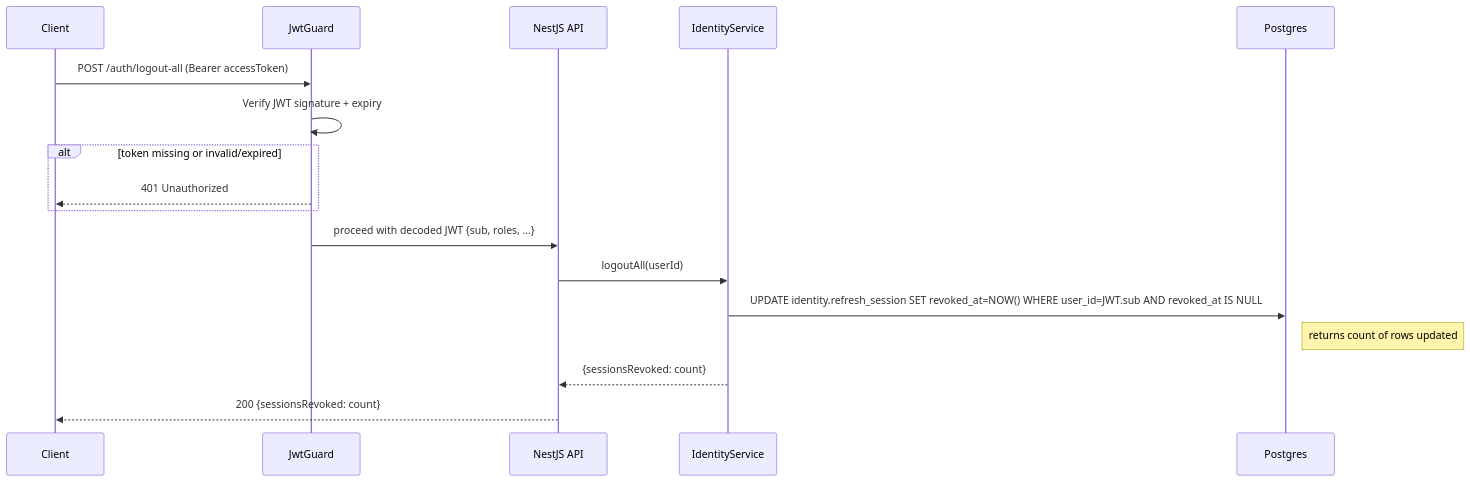
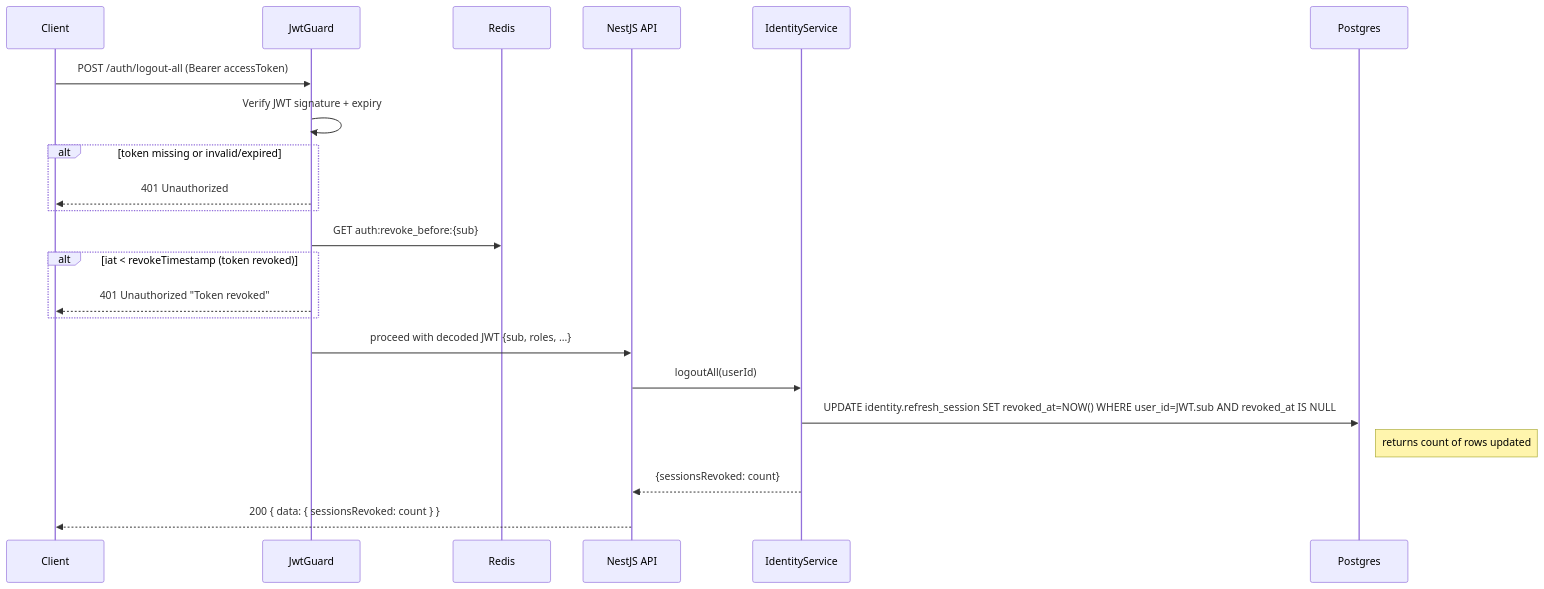
The fifth of 13 diagrams in phase-1/technical-design/api-design/auth.md (alisa-uthi/aliceut-ecom-document), drawn with Mermaid before and after one commit. The commit also changed other lines of this file and 22 other files, not shown here.

````diff
--- a/phase-1/technical-design/api-design/auth.md
+++ b/phase-1/technical-design/api-design/auth.md
@@ -326,22 +338,27 @@
 ```mermaid
 sequenceDiagram
     participant C as Client
     participant G as JwtGuard
+    participant R as Redis
     participant A as NestJS API
     participant IS as IdentityService
     participant PG as Postgres
 
     C->>G: POST /auth/logout-all (Bearer accessToken)
     G->>G: Verify JWT signature + expiry
     alt token missing or invalid/expired
         G-->>C: 401 Unauthorized
     end
+    G->>R: GET auth:revoke_before:{sub}
+    alt iat < revokeTimestamp (token revoked)
+        G-->>C: 401 Unauthorized "Token revoked"
+    end
     G->>A: proceed with decoded JWT {sub, roles, ...}
 
     A->>IS: logoutAll(userId)
     IS->>PG: UPDATE identity.refresh_session SET revoked_at=NOW() WHERE user_id=JWT.sub AND revoked_at IS NULL
     Note right of PG: returns count of rows updated
 
     IS-->>A: {sessionsRevoked: count}
-    A-->>C: 200 {sessionsRevoked: count}
+    A-->>C: 200 { data: { sessionsRevoked: count } }
 ```
````
